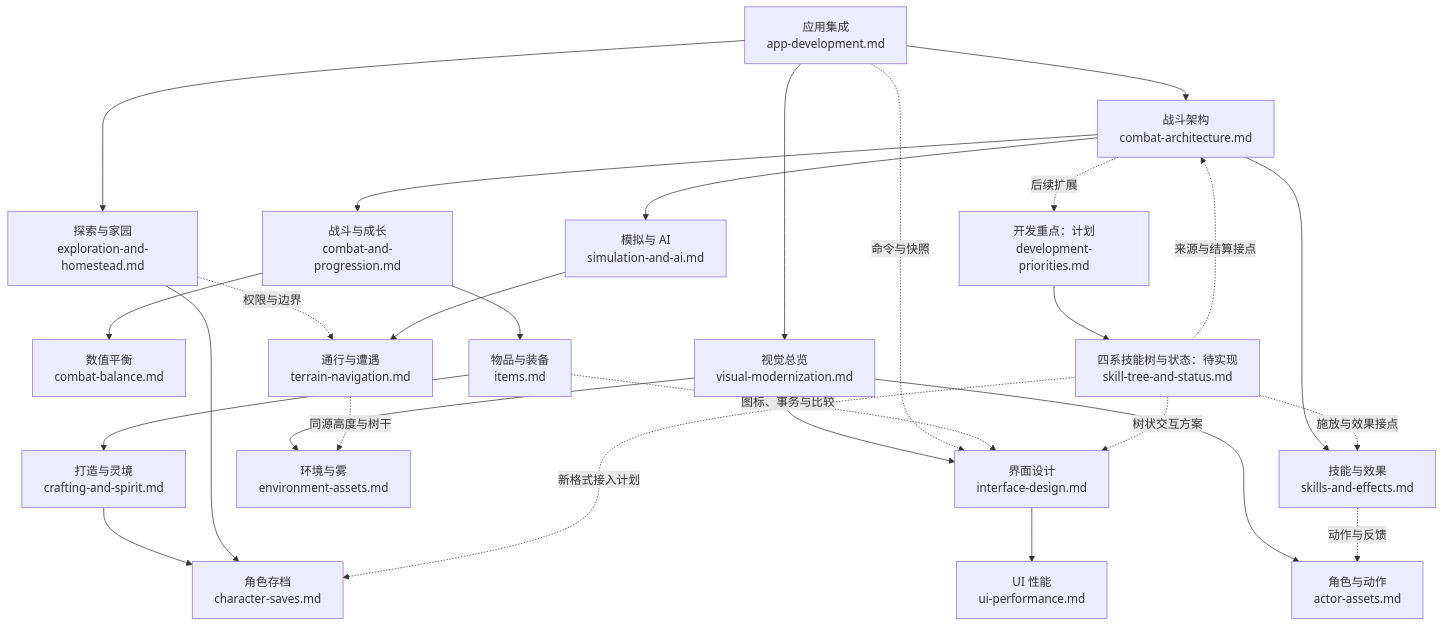
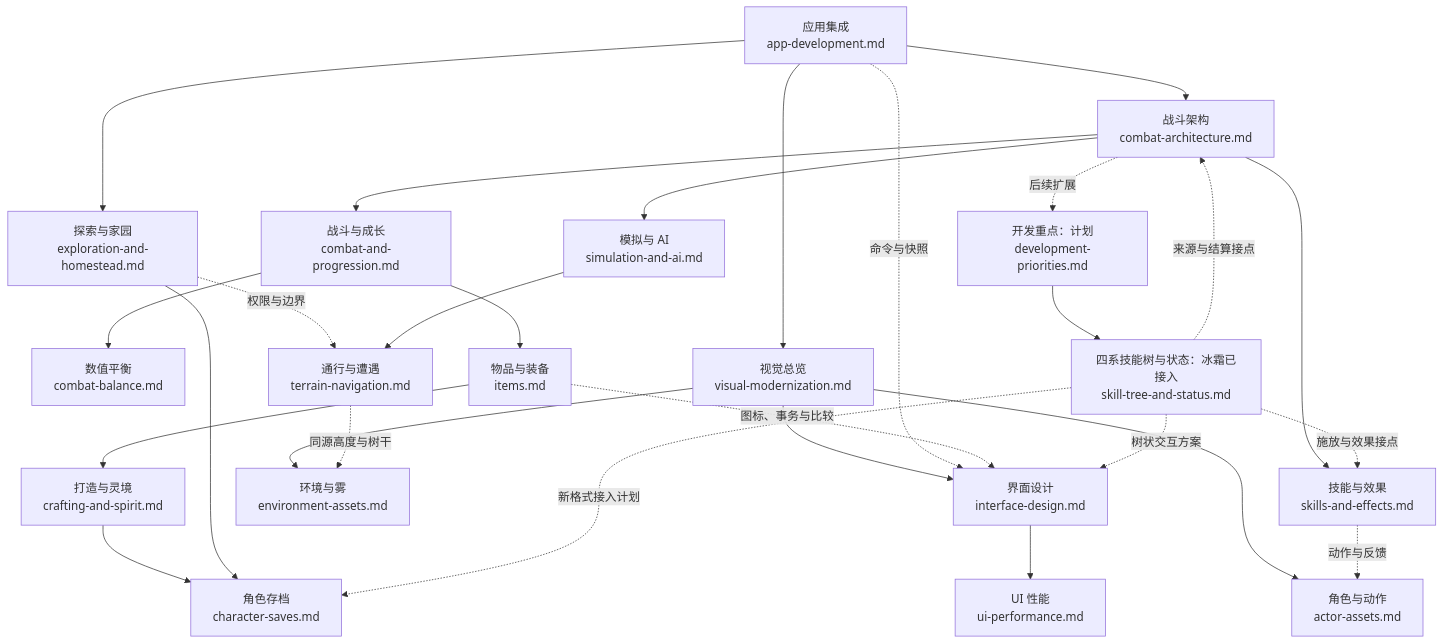
One commit to lanyik/lanyik changed the second of 3 diagrams in docs/README.md. Above: the diagram before and after it, drawn with Mermaid. The commit also changed other lines of this file and 63 other files, not shown here.

Commit message:
feat(survivor): add frost skill tree, six slots and cast timing

````diff
--- a/docs/README.md
+++ b/docs/README.md
@@ -116,30 +116,30 @@
 ```mermaid
 flowchart TB
     app["应用集成<br/>app-development.md"] --> combat["战斗架构<br/>combat-architecture.md"]
     combat --> ai["模拟与 AI<br/>simulation-and-ai.md"]
     combat --> loop["战斗与成长<br/>combat-and-progression.md"]
     combat --> skill["技能与效果<br/>skills-and-effects.md"]
     loop --> balance["数值平衡<br/>combat-balance.md"]
     loop --> item["物品与装备<br/>items.md"]
     item --> craft["打造与灵境<br/>crafting-and-spirit.md"]
     craft --> save["角色存档<br/>character-saves.md"]
     app --> explore["探索与家园<br/>exploration-and-homestead.md"]
     explore --> save
     explore -. 权限与边界 .-> terrain
     ai --> terrain["通行与遭遇<br/>terrain-navigation.md"]
     app --> visual["视觉总览<br/>visual-modernization.md"]
     visual --> actor["角色与动作<br/>actor-assets.md"]
     visual --> env["环境与雾<br/>environment-assets.md"]
     visual --> ui["界面设计<br/>interface-design.md"]
     app -. 命令与快照 .-> ui
     item -. 图标、事务与比较 .-> ui
     ui --> perf["UI 性能<br/>ui-performance.md"]
     combat -. 后续扩展 .-> plan["开发重点：计划<br/>development-priorities.md"]
-    plan --> tree["四系技能树与状态：待实现<br/>skill-tree-and-status.md"]
+    plan --> tree["四系技能树与状态：冰霜已接入<br/>skill-tree-and-status.md"]
     tree -. 施放与效果接点 .-> skill
     tree -. 来源与结算接点 .-> combat
     tree -. 树状交互方案 .-> ui
     tree -. 新格式接入计划 .-> save
     skill -. 动作与反馈 .-> actor
     terrain -. 同源高度与树干 .-> env
 ```
````
